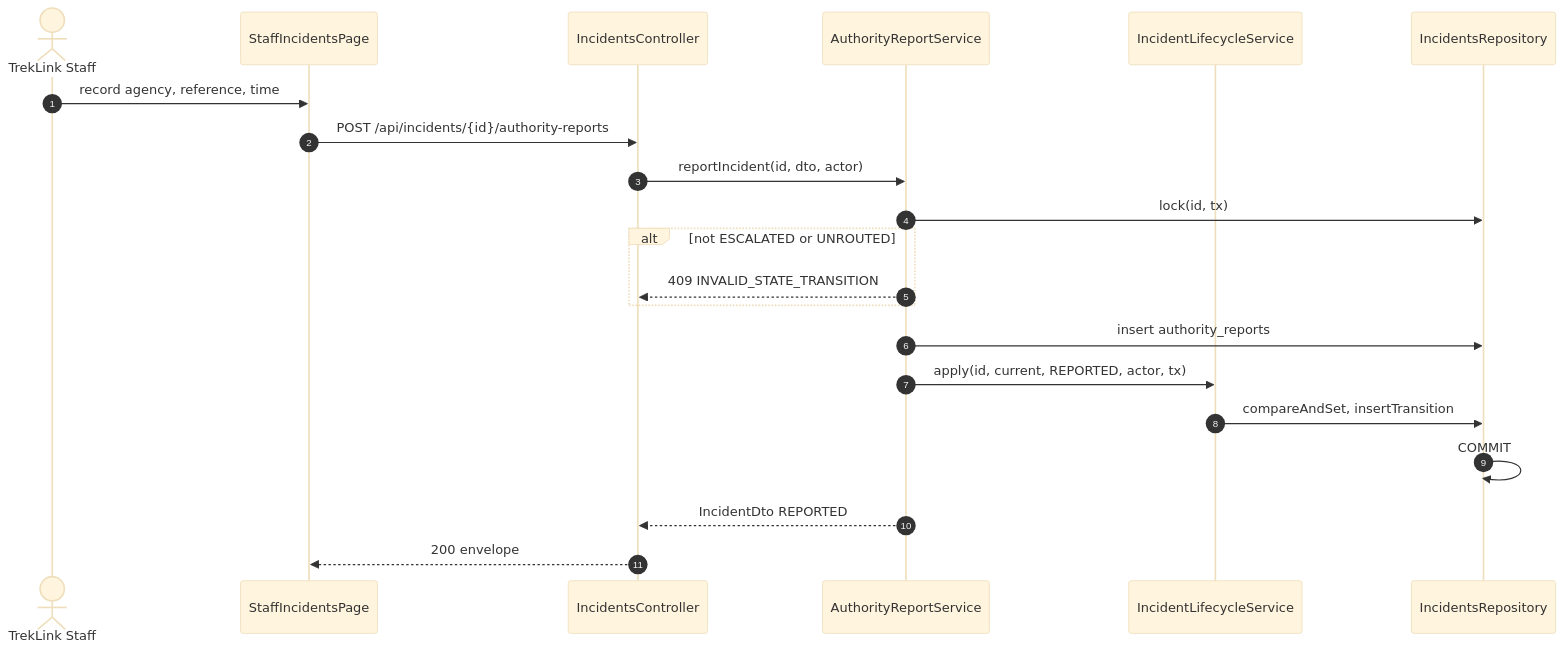
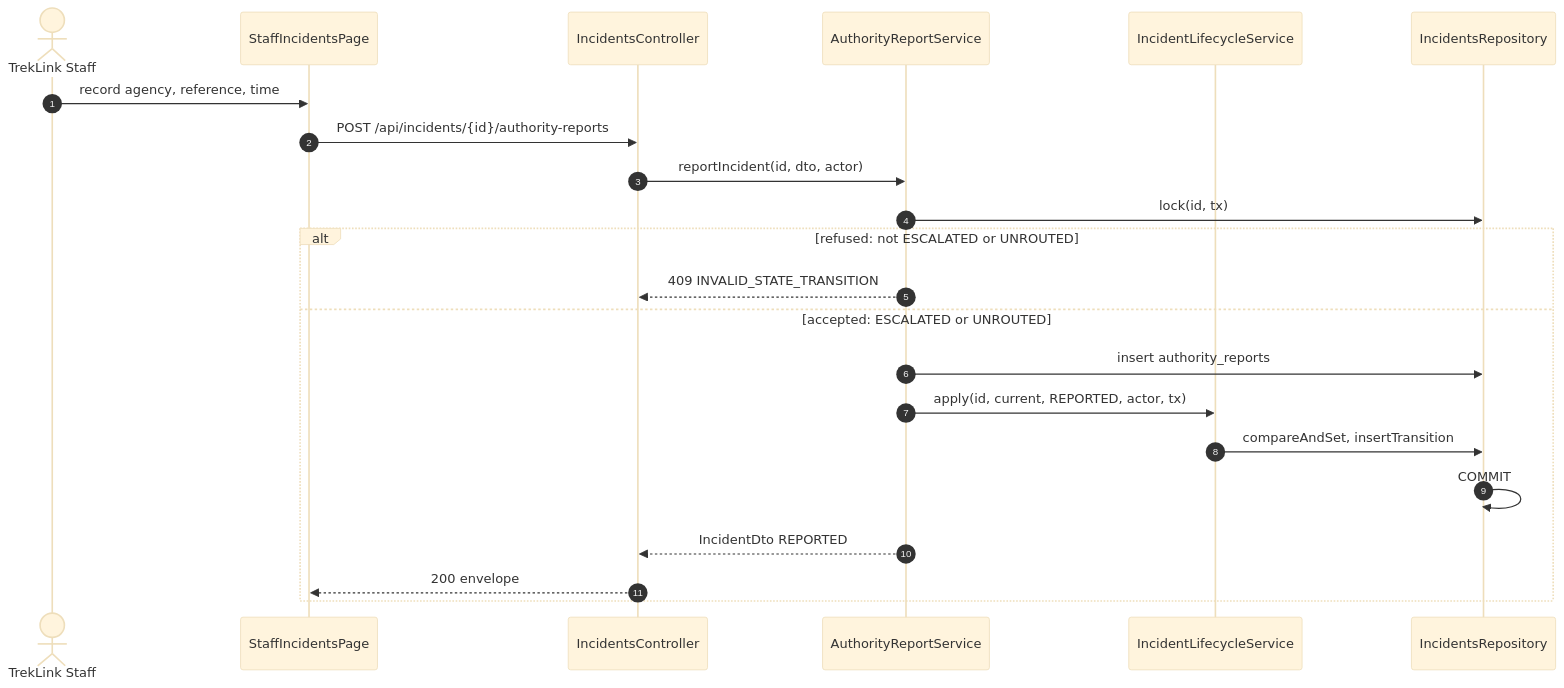
One commit to TrekLink-Team/treklink-web changed the tenth of 10 diagrams in specs/incidents/design.md. Above: the diagram before and after it, drawn with Mermaid (base theme). The commit also changed other lines of this file and 39 other files, not shown here.

First line of the commit message:
docs: design periodic maintenance (D-047) and apply the SDD sequence conventions

````diff
--- a/specs/incidents/design.md
+++ b/specs/incidents/design.md
@@ -408,23 +412,24 @@
 ```mermaid
 sequenceDiagram
     autonumber
     actor St as TrekLink Staff
     participant P as StaffIncidentsPage
     participant C as IncidentsController
     participant A as AuthorityReportService
     participant L as IncidentLifecycleService
     participant R as IncidentsRepository
     St->>P: record agency, reference, time
     P->>C: POST /api/incidents/{id}/authority-reports
     C->>A: reportIncident(id, dto, actor)
     A->>R: lock(id, tx)
-    alt not ESCALATED or UNROUTED
+    alt refused: not ESCALATED or UNROUTED
         A-->>C: 409 INVALID_STATE_TRANSITION
+    else accepted: ESCALATED or UNROUTED
+        A->>R: insert authority_reports
+        A->>L: apply(id, current, REPORTED, actor, tx)
+        L->>R: compareAndSet, insertTransition
+        R->>R: COMMIT
+        A-->>C: IncidentDto REPORTED
+        C-->>P: 200 envelope
     end
-    A->>R: insert authority_reports
-    A->>L: apply(id, current, REPORTED, actor, tx)
-    L->>R: compareAndSet, insertTransition
-    R->>R: COMMIT
-    A-->>C: IncidentDto REPORTED
-    C-->>P: 200 envelope
 ```
````
